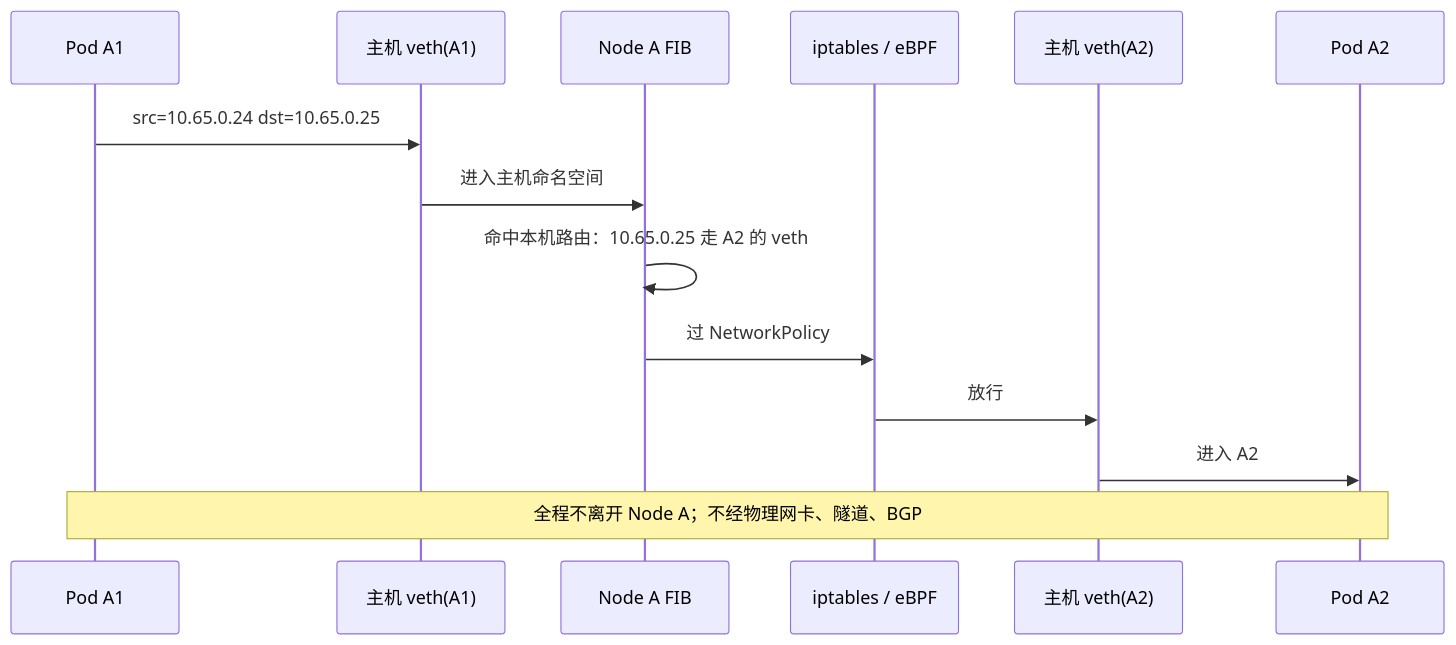
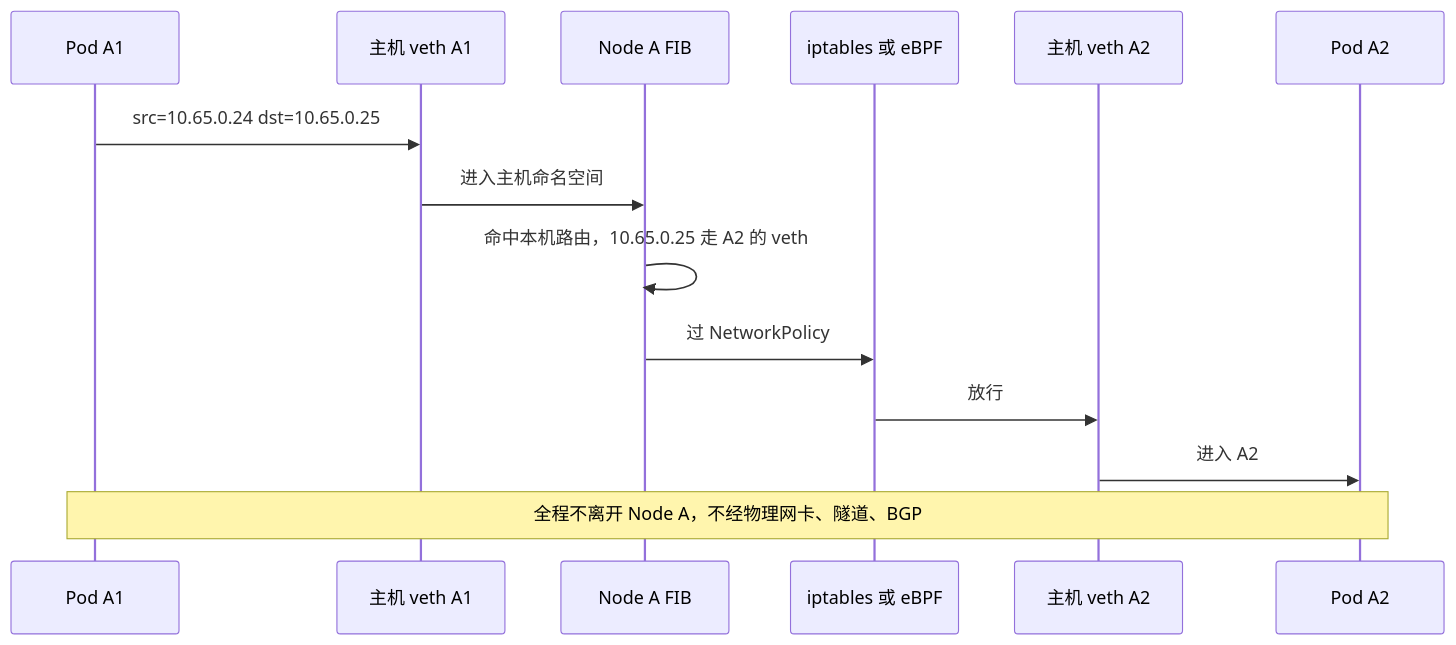
One commit to xiaxinyu/knowledge_base changed the fifth of 8 diagrams in 20-architecture/24-calico-networking-treatise.md. Above: the diagram before and after it, drawn with Mermaid. The commit also changed other lines of this file and 2 other files, not shown here.

````diff
--- a/20-architecture/24-calico-networking-treatise.md
+++ b/20-architecture/24-calico-networking-treatise.md
@@ -251,17 +366,17 @@
 ```mermaid
 sequenceDiagram
   participant A1 as Pod A1
-  participant V1 as 主机 veth(A1)
+  participant V1 as 主机 veth A1
   participant RT as Node A FIB
-  participant POL as iptables / eBPF
-  participant V2 as 主机 veth(A2)
+  participant POL as iptables 或 eBPF
+  participant V2 as 主机 veth A2
   participant A2 as Pod A2
 
   A1->>V1: src=10.65.0.24 dst=10.65.0.25
   V1->>RT: 进入主机命名空间
-  RT->>RT: 命中本机路由：10.65.0.25 走 A2 的 veth
+  RT->>RT: 命中本机路由，10.65.0.25 走 A2 的 veth
   RT->>POL: 过 NetworkPolicy
   POL->>V2: 放行
   V2->>A2: 进入 A2
-  Note over A1,A2: 全程不离开 Node A；不经物理网卡、隧道、BGP
+  Note over A1,A2: 全程不离开 Node A，不经物理网卡、隧道、BGP
 ```
````
